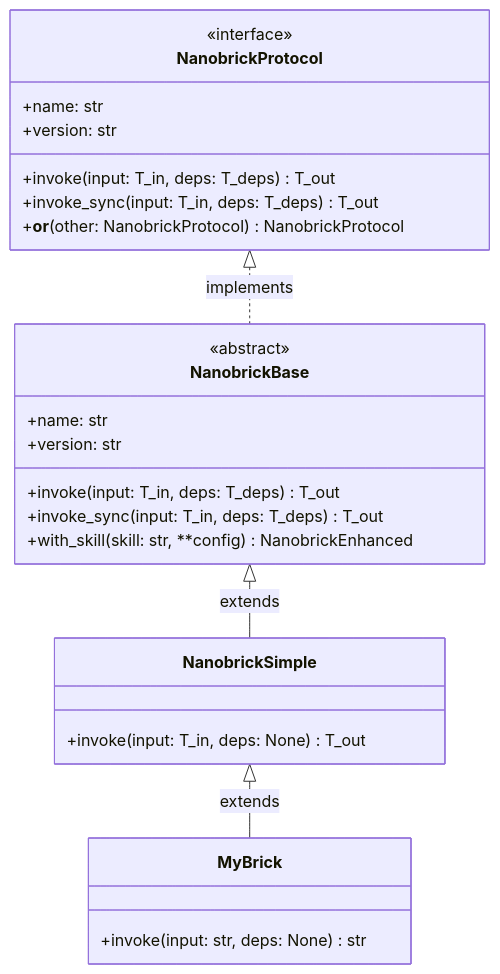
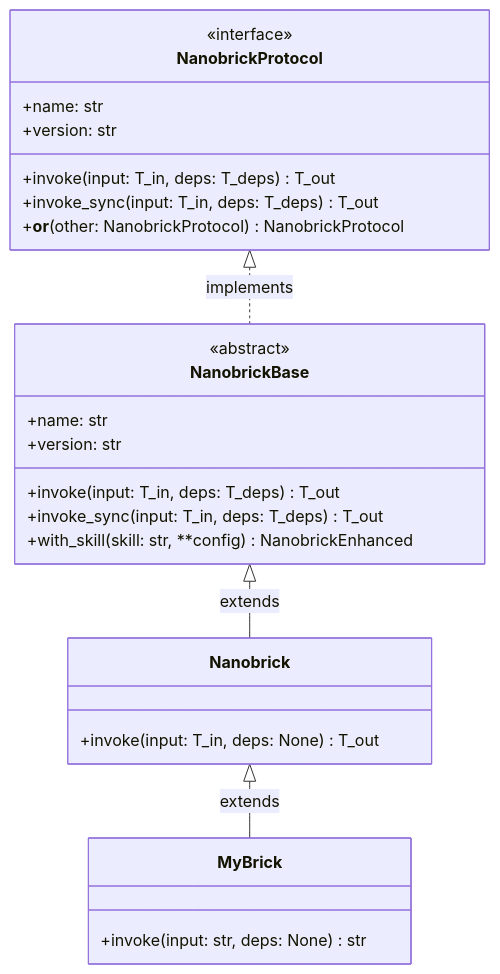
Before and after one commit to jankowtf/nano-1: the first of 20 diagrams in docs/quarto/architecture-diagrams.qmd, drawn with Mermaid. The commit also changed 67 other files, not shown here.

````diff
--- a/docs/quarto/architecture-diagrams.qmd
+++ b/docs/quarto/architecture-diagrams.qmd
@@ -18,32 +18,32 @@
 ```{mermaid}
 classDiagram
     class NanobrickProtocol {
         <<interface>>
         +name: str
         +version: str
         +invoke(input: T_in, deps: T_deps) T_out
         +invoke_sync(input: T_in, deps: T_deps) T_out
         +__or__(other: NanobrickProtocol) NanobrickProtocol
     }
     
     class NanobrickBase {
         <<abstract>>
         +name: str
         +version: str
         +invoke(input: T_in, deps: T_deps) T_out
         +invoke_sync(input: T_in, deps: T_deps) T_out
         +with_skill(skill: str, **config) NanobrickEnhanced
     }
     
-    class NanobrickSimple {
+    class Nanobrick {
         +invoke(input: T_in, deps: None) T_out
     }
     
     class MyBrick {
         +invoke(input: str, deps: None) str
     }
     
     NanobrickProtocol <|.. NanobrickBase : implements
-    NanobrickBase <|-- NanobrickSimple : extends
-    NanobrickSimple <|-- MyBrick : extends
+    NanobrickBase <|-- Nanobrick : extends
+    Nanobrick <|-- MyBrick : extends
 ```
````
